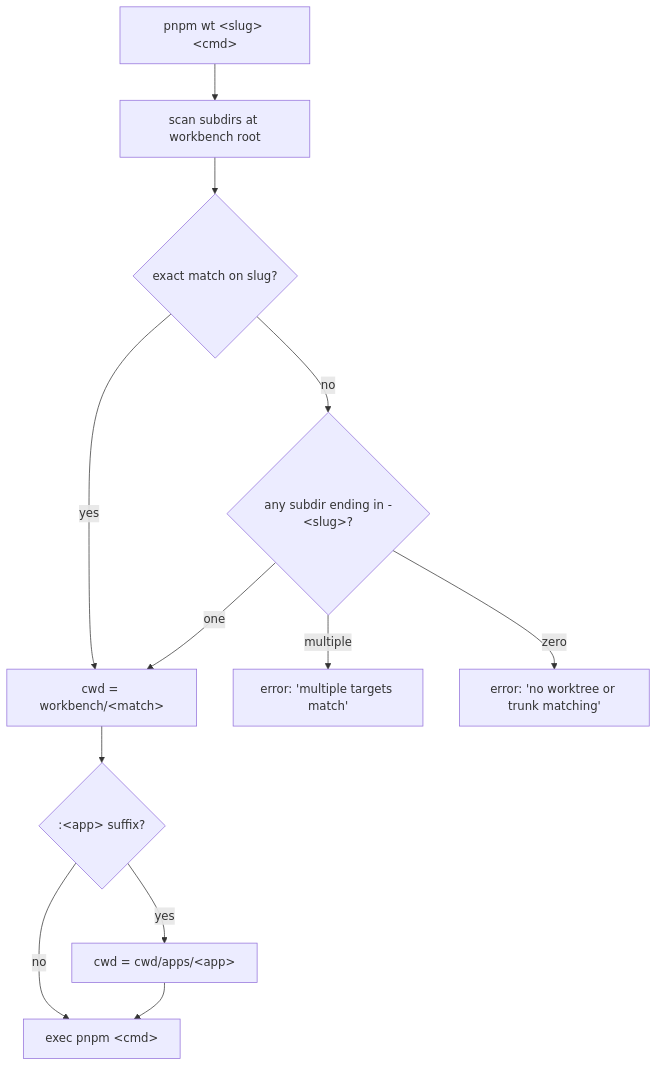
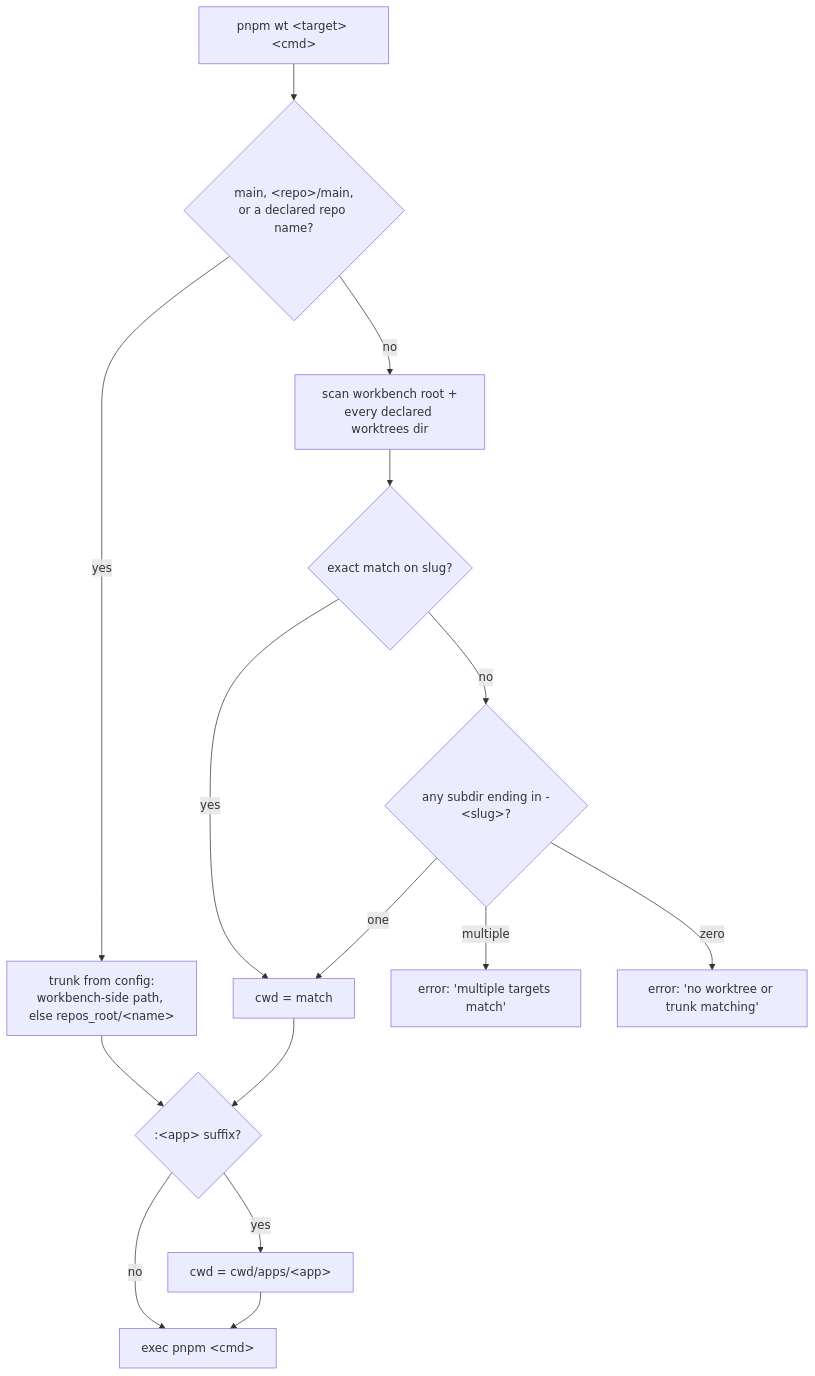
Before and after one commit to infinitedusky/indusk: the first of 4 diagrams in apps/docs/src/reference/extensions/worktree.md, drawn with Mermaid. The commit also changed other lines of this file and 7 other files, not shown here.

````diff
--- a/apps/docs/src/reference/extensions/worktree.md
+++ b/apps/docs/src/reference/extensions/worktree.md
@@ -96,14 +96,17 @@
 ```mermaid
 flowchart TD
-    A[pnpm wt &lt;slug&gt; &lt;cmd&gt;] --> B[scan subdirs at workbench root]
+    A[pnpm wt &lt;target&gt; &lt;cmd&gt;] --> T{main, &lt;repo&gt;/main,<br/>or a declared repo name?}
+    T -- yes --> U[trunk from config:<br/>workbench-side path, else repos_root/&lt;name&gt;]
+    T -- no --> B[scan workbench root +<br/>every declared worktrees dir]
     B --> C{exact match on slug?}
-    C -- yes --> H[cwd = workbench/&lt;match&gt;]
+    C -- yes --> H[cwd = match]
     C -- no --> D{any subdir ending in -&lt;slug&gt;?}
     D -- one --> H
     D -- multiple --> E[error: 'multiple targets match']
     D -- zero --> F[error: 'no worktree or trunk matching']
-    H --> I{:&lt;app&gt; suffix?}
+    U --> I{:&lt;app&gt; suffix?}
+    H --> I
     I -- yes --> J[cwd = cwd/apps/&lt;app&gt;]
     I -- no --> K[exec pnpm &lt;cmd&gt;]
     J --> K
 ```
````
